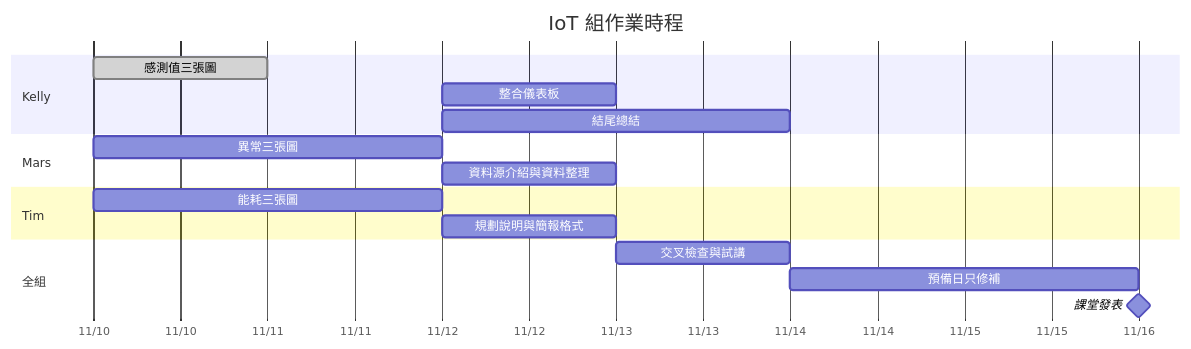
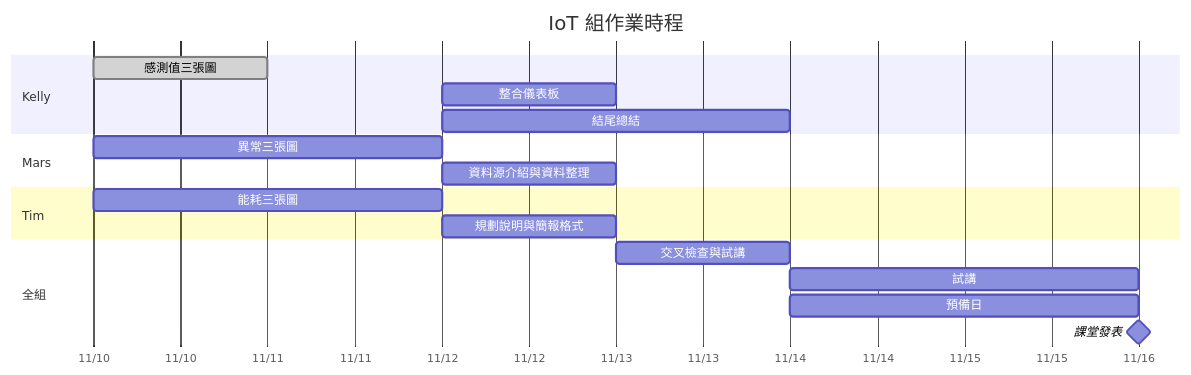
The diagram in README.md (KellyChen413/iot-tableau-group), drawn with Mermaid before and after one commit. The commit also changed other lines of this file, not shown here.

````diff
--- a/README.md
+++ b/README.md
@@ -38,20 +38,21 @@
 ```mermaid
 gantt
     title IoT 組作業時程
     dateFormat YYYY-MM-DD
     axisFormat %m/%d
     section Kelly
     感測值三張圖 :done, k1, 2026-11-10, 1d
     整合儀表板 :k2, 2026-11-12, 1d
     結尾總結 :k3, 2026-11-12, 2d
     section Mars
     異常三張圖 :m1, 2026-11-10, 2d
     資料源介紹與資料整理 :m2, 2026-11-12, 1d
     section Tim
     能耗三張圖 :t1, 2026-11-10, 2d
     規劃說明與簡報格式 :t2, 2026-11-12, 1d
     section 全組
     交叉檢查與試講 :g1, 2026-11-13, 1d
-    預備日只修補 :g2, 2026-11-14, 2d
+    試講:g2, 2026-11-14, 2d
+    預備日 :g2, 2026-11-14, 2d
     課堂發表 :milestone, g3, 2026-11-16, 0d
 ```
````
